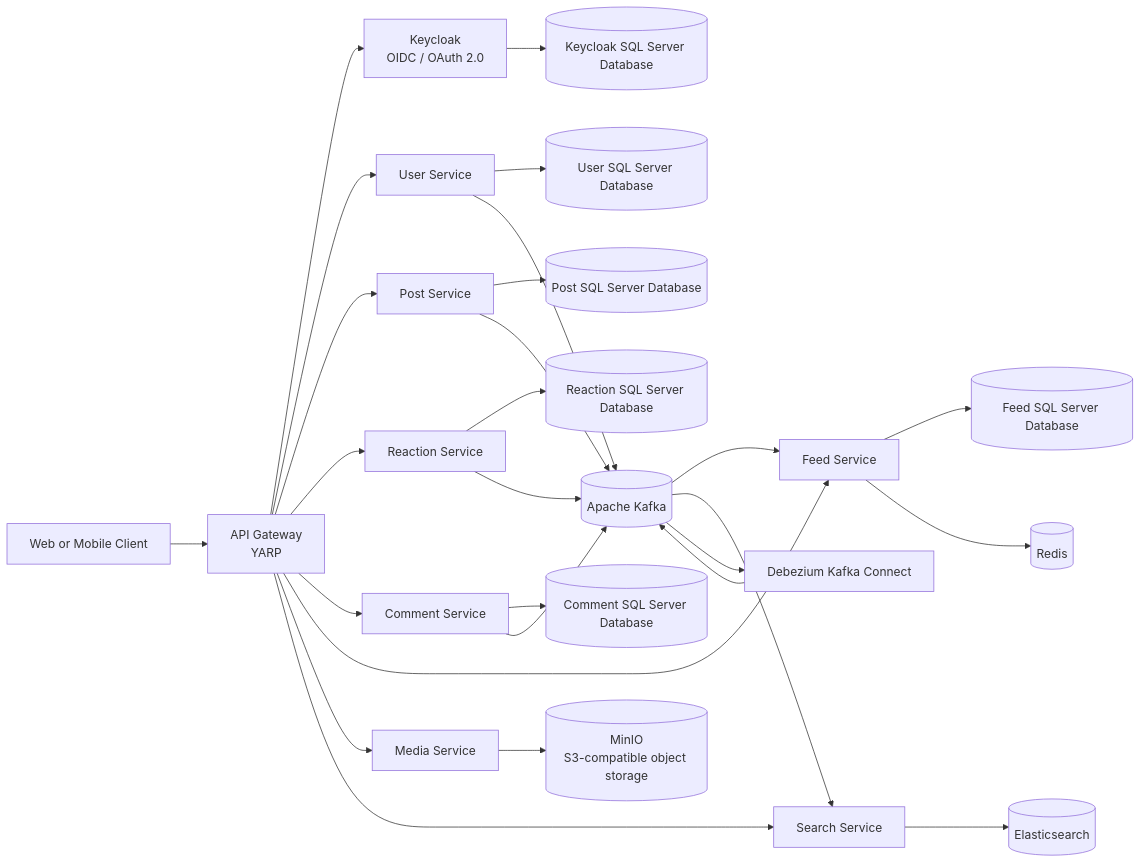
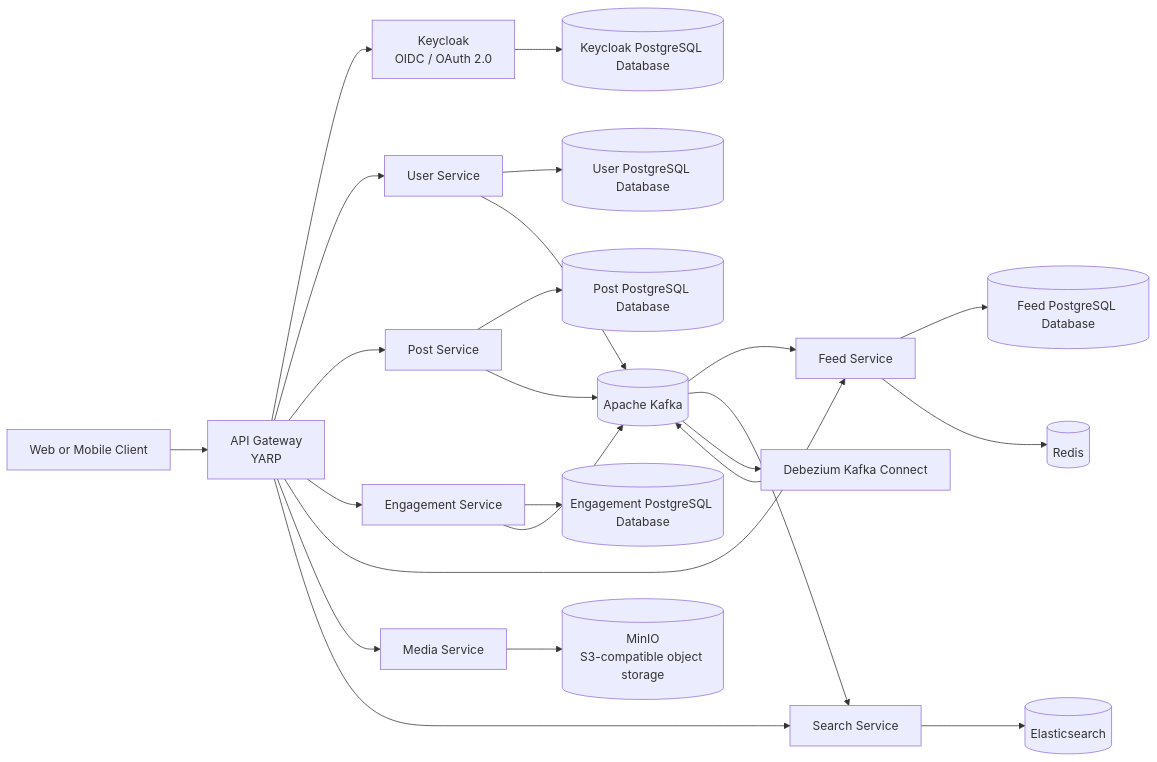
One commit to mhelmy12/LinkedIn-Clone changed the diagram in README.md. Above: the diagram before and after it, drawn with Mermaid. The commit also changed other lines of this file, not shown here.

````diff
--- a/README.md
+++ b/README.md
@@ -20,32 +19,29 @@
 ```mermaid
 flowchart LR
     Client[Web or Mobile Client] --> Gateway[API Gateway\nYARP]
     Gateway --> Keycloak[Keycloak\nOIDC / OAuth 2.0]
     Gateway --> User[User Service]
     Gateway --> Post[Post Service]
-    Gateway --> Reaction[Reaction Service]
-    Gateway --> Comment[Comment Service]
+    Gateway --> Engagement[Engagement Service]
     Gateway --> Feed[Feed Service]
     Gateway --> Media[Media Service]
     Gateway --> Search[Search Service]
 
-    User --> UserDB[(User SQL Server Database)]
-    Post --> PostDB[(Post SQL Server Database)]
-    Reaction --> ReactionDB[(Reaction SQL Server Database)]
-    Comment --> CommentDB[(Comment SQL Server Database)]
-    Feed --> FeedDB[(Feed SQL Server Database)]
+    User --> UserDB[(User PostgreSQL Database)]
+    Post --> PostDB[(Post PostgreSQL Database)]
+    Engagement --> EngagementDB[(Engagement PostgreSQL Database)]
+    Feed --> FeedDB[(Feed PostgreSQL Database)]
     Feed --> Redis[(Redis)]
     Media --> MinIO[(MinIO\nS3-compatible object storage)]
 
     User --> Kafka[(Apache Kafka)]
     Post --> Kafka
-    Reaction --> Kafka
-    Comment --> Kafka
+    Engagement --> Kafka
     Kafka --> Feed
     Kafka --> Search
     Kafka --> Debezium[Debezium Kafka Connect]
     Debezium --> Kafka
     Search --> Elasticsearch[(Elasticsearch)]
 
-    Keycloak --> KeycloakDB[(Keycloak SQL Server Database)]
+    Keycloak --> KeycloakDB[(Keycloak PostgreSQL Database)]
 ```
````
